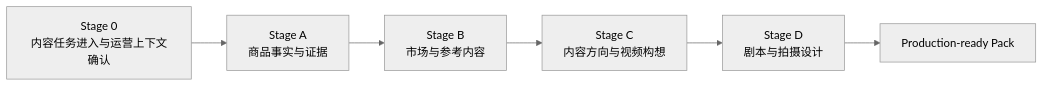
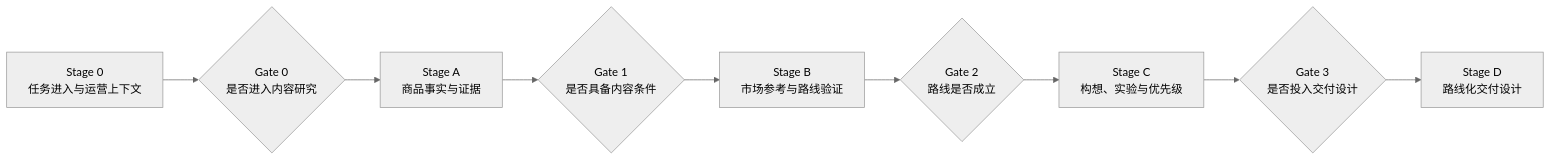
Before and after one commit to SONG-36/TK_Video_Intelligence_Workbench: the first of 7 diagrams in 04_RELEASE_1_BUSINESS_PROCESS.md, drawn with Mermaid (neutral theme). The commit also changed other lines of this file and 8 other files, not shown here.

````diff
--- a/04_RELEASE_1_BUSINESS_PROCESS.md
+++ b/04_RELEASE_1_BUSINESS_PROCESS.md
@@ -54,11 +24,14 @@
 ```mermaid
 flowchart LR
-    S0[Stage 0<br/>内容任务进入与运营上下文确认]
+    S0[Stage 0<br/>任务进入与运营上下文]
+    G0{Gate 0<br/>是否进入内容研究}
     A[Stage A<br/>商品事实与证据]
-    B[Stage B<br/>市场与参考内容]
-    C[Stage C<br/>内容方向与视频构想]
-    D[Stage D<br/>剧本与拍摄设计]
-    O[Production-ready Pack]
+    G1{Gate 1<br/>是否具备内容条件}
+    B[Stage B<br/>市场参考与路线验证]
+    G2{Gate 2<br/>路线是否成立}
+    C[Stage C<br/>构想、实验与优先级]
+    G3{Gate 3<br/>是否投入交付设计}
+    D[Stage D<br/>路线化交付设计]
 
-    S0 --> A --> B --> C --> D --> O
+    S0 --> G0 --> A --> G1 --> B --> G2 --> C --> G3 --> D
 ```
````
